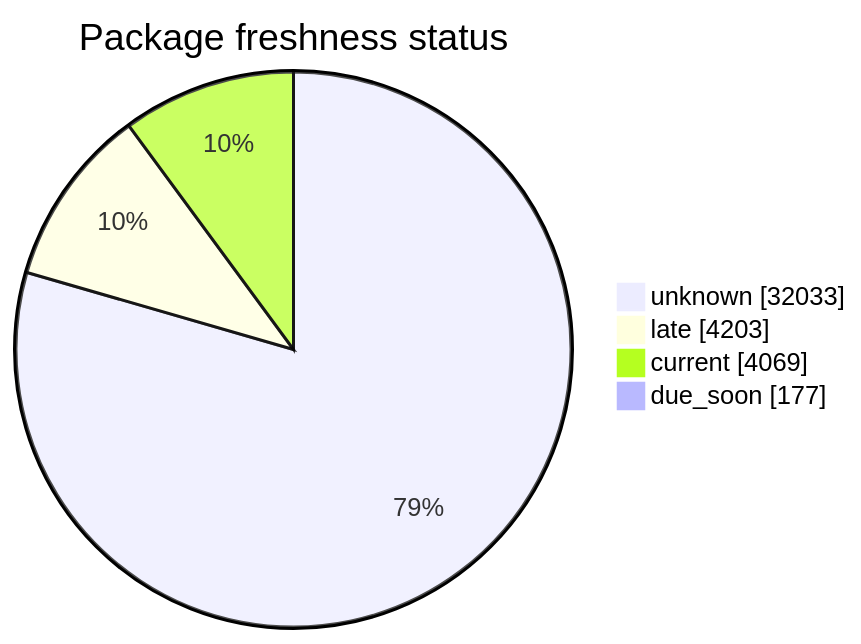
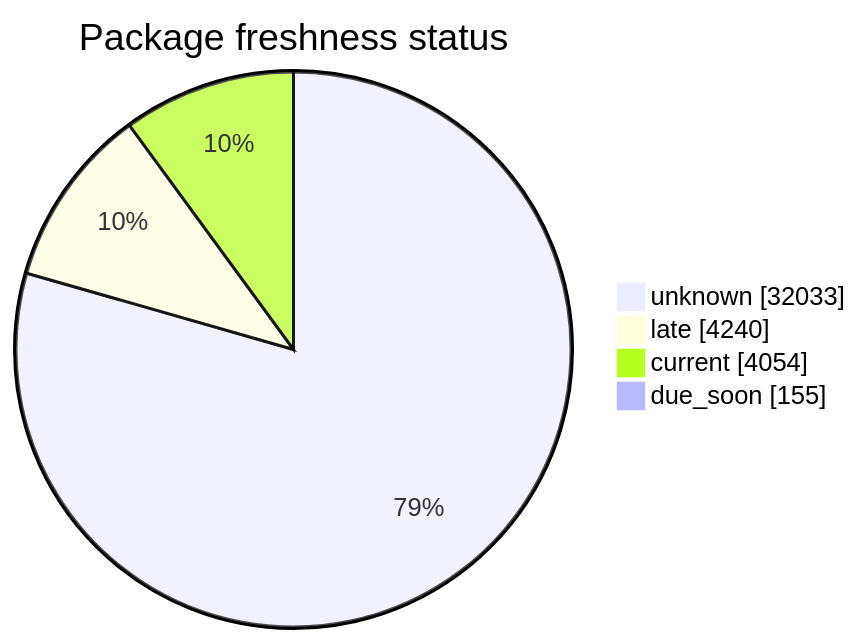
One commit to open-data/analytics-corporate-reporting changed the second of 5 diagrams in FreshCheck/README.md. Above: the diagram before and after it, drawn with Mermaid. The commit also changed other lines of this file and 3 other files, not shown here.

````diff
--- a/FreshCheck/README.md
+++ b/FreshCheck/README.md
@@ -68,7 +68,7 @@
 ```mermaid
 pie showData title Package freshness status
     "unknown": 32033
-    "late": 4203
-    "current": 4069
-    "due_soon": 177
+    "late": 4240
+    "current": 4054
+    "due_soon": 155
 ```
````
